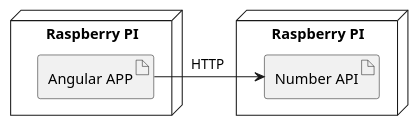
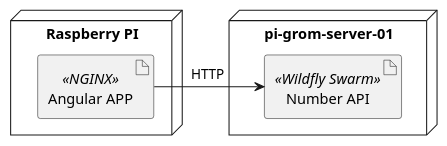
Before and after one commit to agoncal/baking-microservice-pie: the diagram in slides/src/main/plantuml/basic-architecture.puml, drawn with PlantUML. The commit also changed 34 other files, not shown here.

```diff
--- a/slides/src/main/plantuml/basic-architecture.puml
+++ b/slides/src/main/plantuml/basic-architecture.puml
@@ -1,12 +1,12 @@
 @startuml
 
 node "Raspberry PI" as piclient {
-    artifact "Angular APP" as angular
+    artifact "Angular APP" <<NGINX>> as angular
 }
 
-node "Raspberry PI" as piserver {
-    artifact "Number API" as numberapi
+node "pi-grom-server-01" as piserver {
+    artifact "Number API" <<Wildfly Swarm>> as numberapi
 }
 
 angular -> numberapi: "     HTTP      "
 @enduml
```
